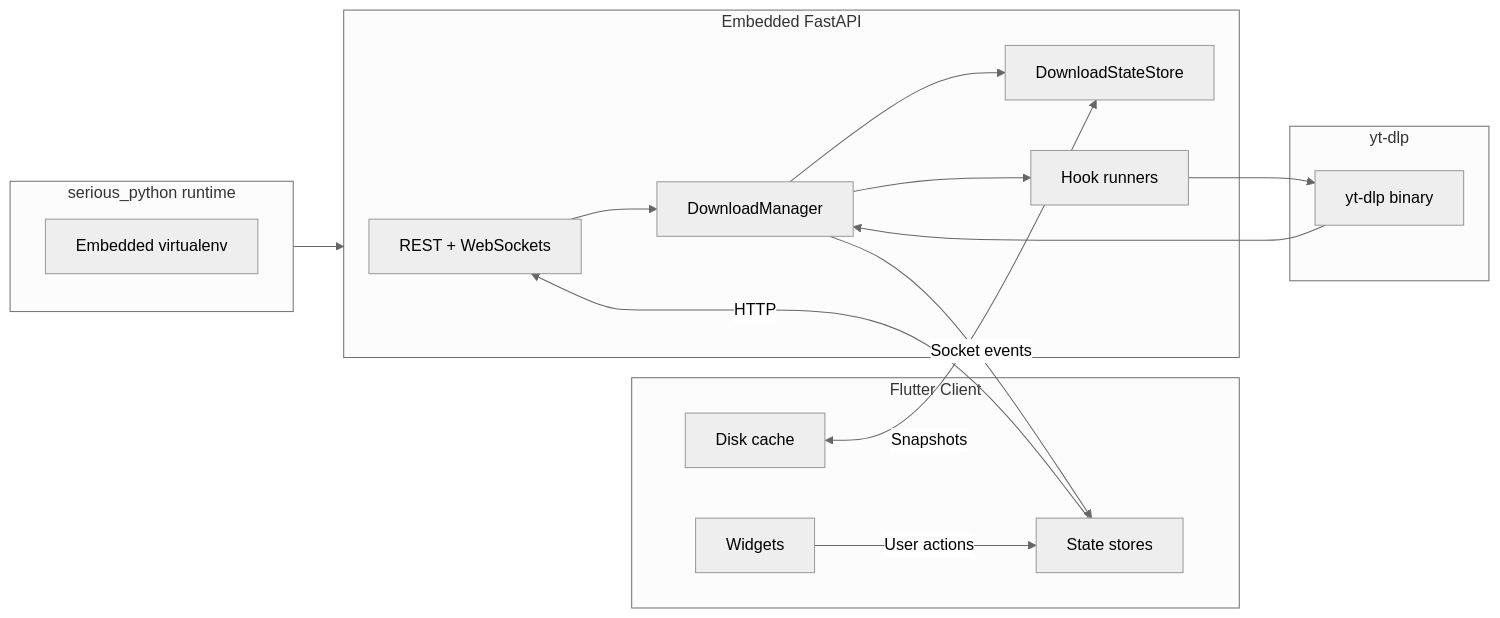
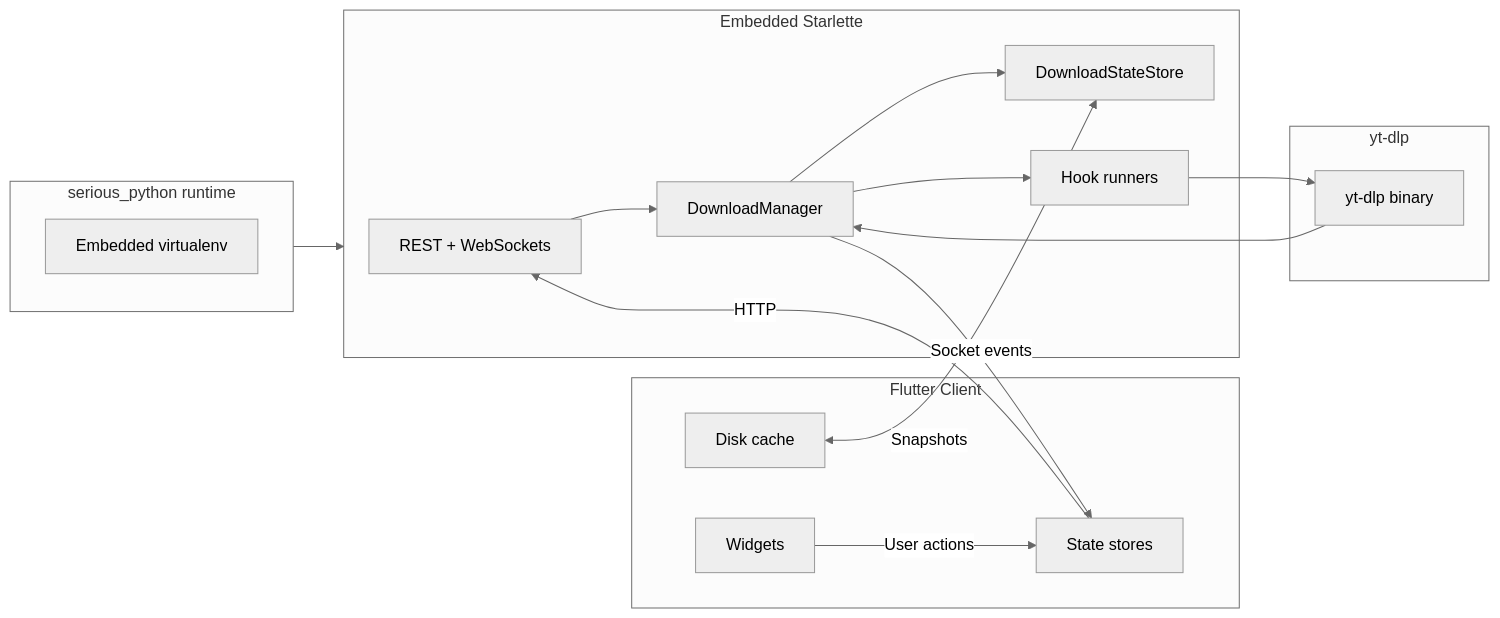
Before and after one commit to chomusuke-mk/vidra: the first of 2 diagrams in docs/system-architecture.md, drawn with Mermaid (neutral theme). The commit also changed other lines of this file and 22 other files, not shown here.

First line of the commit message:
Refactor documentation and codebase to replace FastAPI with Starlette

````diff
--- a/docs/system-architecture.md
+++ b/docs/system-architecture.md
@@ -18,31 +18,31 @@
 ```mermaid
 flowchart LR
     subgraph Client[Flutter Client]
         UI[Widgets]
         State[State stores]
         Cache[Disk cache]
     end
-    subgraph Backend[Embedded FastAPI]
+    subgraph Backend[Embedded Starlette]
         API[REST + WebSockets]
         Manager[DownloadManager]
         Store[DownloadStateStore]
         Hooks[Hook runners]
     end
     subgraph Engine[yt-dlp]
         Core[yt-dlp binary]
     end
     subgraph Packaging[serious_python runtime]
         Venv[Embedded virtualenv]
     end
 
     UI -->|User actions| State
     State -->|HTTP| API
     API --> Manager
     Manager --> Store
     Manager --> Hooks
     Hooks --> Core
     Core --> Manager
     Manager -->|Socket events| State
     Cache <-->|Snapshots| Store
     Packaging --> Backend
 ```
````
